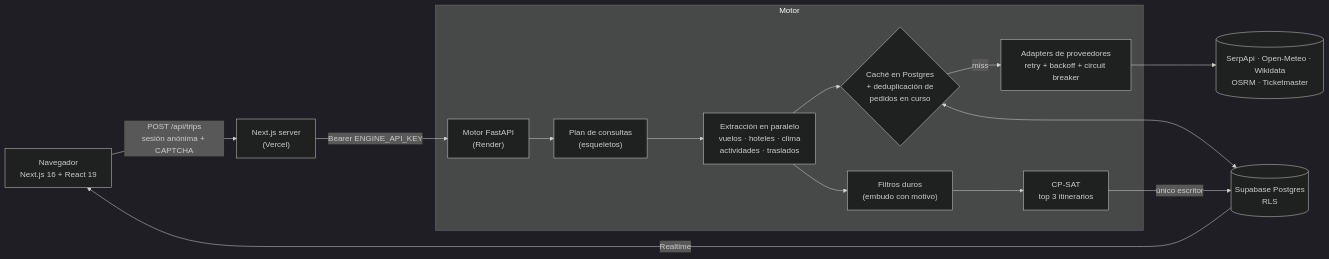
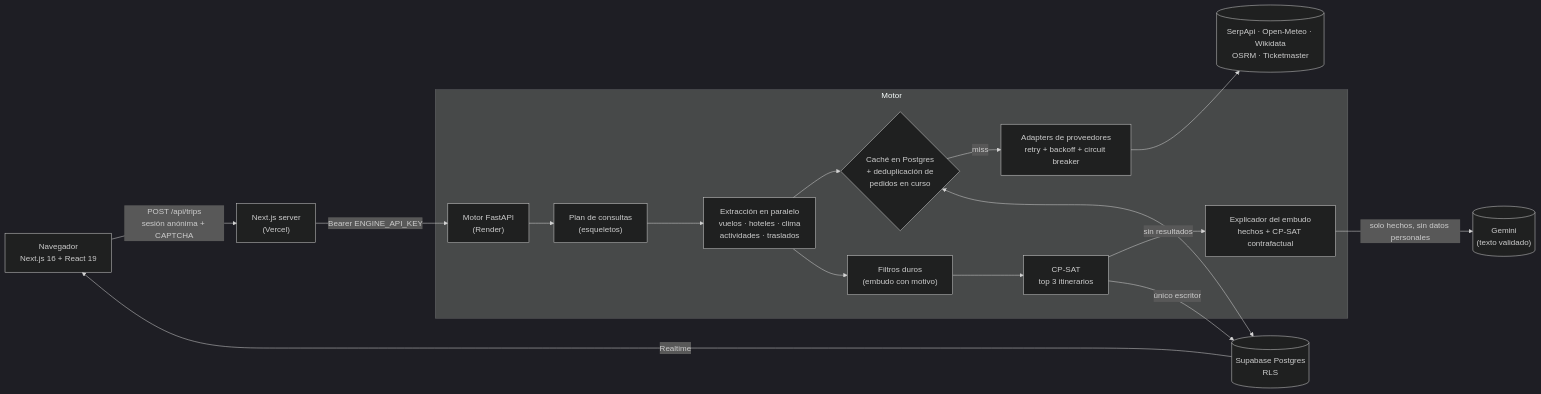
One commit to manuelplaya04-dotcom/traveloptpublico changed the diagram in README.md. Above: the diagram before and after it, drawn with Mermaid (dark theme). The commit also changed other lines of this file and 18 other files, not shown here.

Commit message:
feat(ai): funnel explainer - CP-SAT counterfactuals, Gemini wording checked against hallucinations, rule-based fallback

````diff
--- a/README.md
+++ b/README.md
@@ -38,19 +51,21 @@
 ```mermaid
 flowchart LR
     U["Navegador<br/>Next.js 16 + React 19"] -->|"POST /api/trips<br/>sesión anónima + CAPTCHA"| W["Next.js server<br/>(Vercel)"]
     W -->|"Bearer ENGINE_API_KEY"| E["Motor FastAPI<br/>(Render)"]
 
     subgraph Motor
         E --> P["Plan de consultas<br/>(esqueletos)"]
         P --> X["Extracción en paralelo<br/>vuelos · hoteles · clima<br/>actividades · traslados"]
         X --> C{"Caché en Postgres<br/>+ deduplicación de<br/>pedidos en curso"}
         C -->|"miss"| R["Adapters de proveedores<br/>retry + backoff + circuit breaker"]
         X --> F["Filtros duros<br/>(embudo con motivo)"]
         F --> S["CP-SAT<br/>top 3 itinerarios"]
+        S -->|"sin resultados"| EX["Explicador del embudo<br/>hechos + CP-SAT contrafactual"]
     end
 
     R --> API[("SerpApi · Open-Meteo · Wikidata<br/>OSRM · Ticketmaster")]
+    EX -->|"solo hechos, sin datos personales"| LLM[("Gemini<br/>(texto validado)")]
     C <--> DB[("Supabase Postgres<br/>RLS")]
     S -->|"único escritor"| DB
     DB -->|"Realtime"| U
 ```
````
